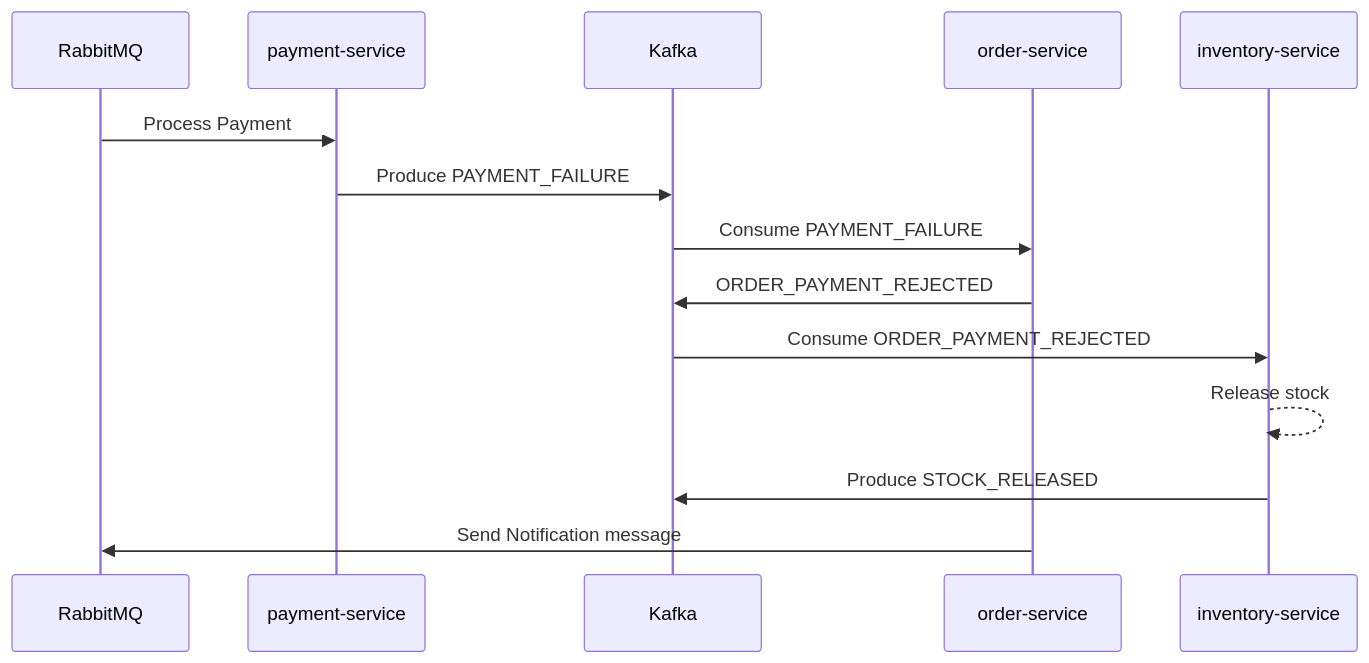
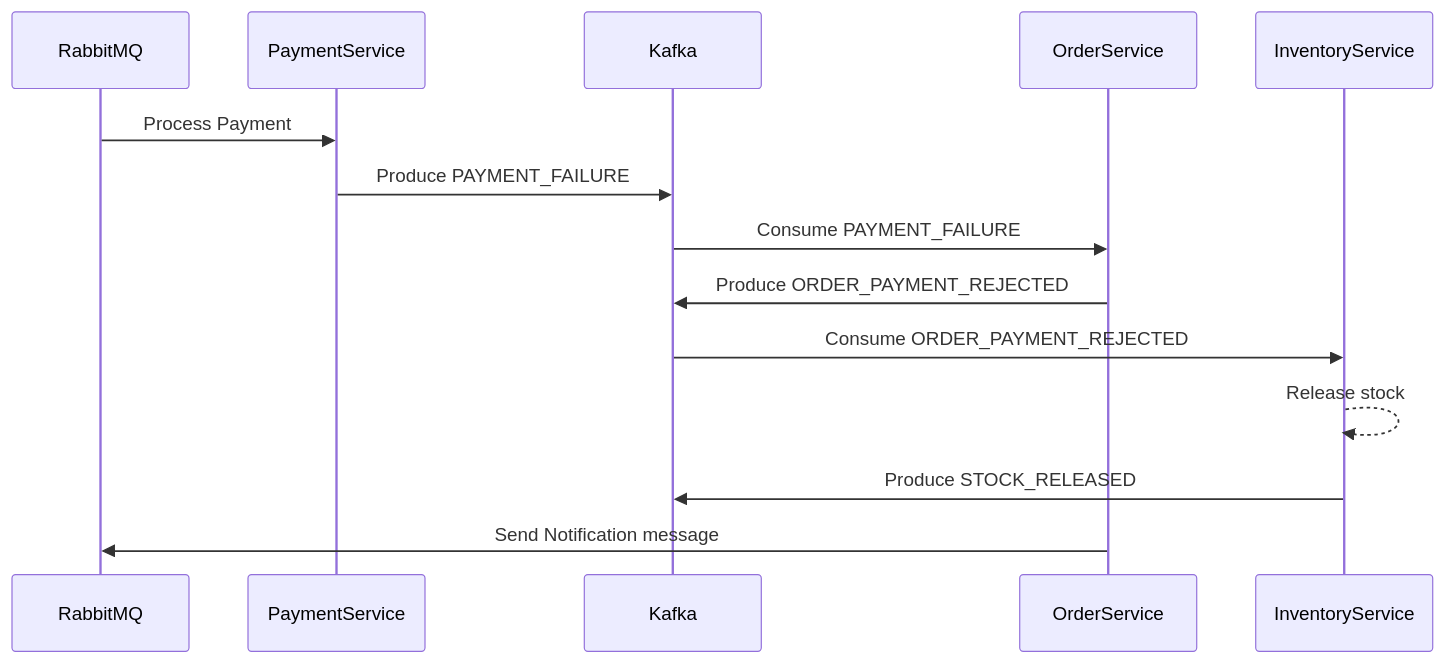
One commit to sevketbuyukdemir/microservices changed the fifth of 7 diagrams in documents/FLOWS.md. Above: the diagram before and after it, drawn with Mermaid. The commit also changed other lines of this file and 2 other files, not shown here.

Commit message:
MICROSERVICES-24 - Architecture document is added. Flows document is updated.

````diff
--- a/documents/FLOWS.md
+++ b/documents/FLOWS.md
@@ -90,17 +90,17 @@
 ```mermaid
 sequenceDiagram
     participant MQ as RabbitMQ
-    participant PS as payment-service
+    participant PS as PaymentService
     participant K as Kafka
-    participant OS as order-service
-    participant IS as inventory-service
+    participant OS as OrderService
+    participant IS as InventoryService
 
     MQ->>PS: Process Payment
     PS->>K: Produce PAYMENT_FAILURE
     K->>OS: Consume PAYMENT_FAILURE
-    OS->>K: ORDER_PAYMENT_REJECTED
+    OS->>K: Produce ORDER_PAYMENT_REJECTED
     K->>IS: Consume ORDER_PAYMENT_REJECTED
     IS-->>IS: Release stock
     IS->>K: Produce STOCK_RELEASED
     OS->>MQ: Send Notification message
 ```
````
